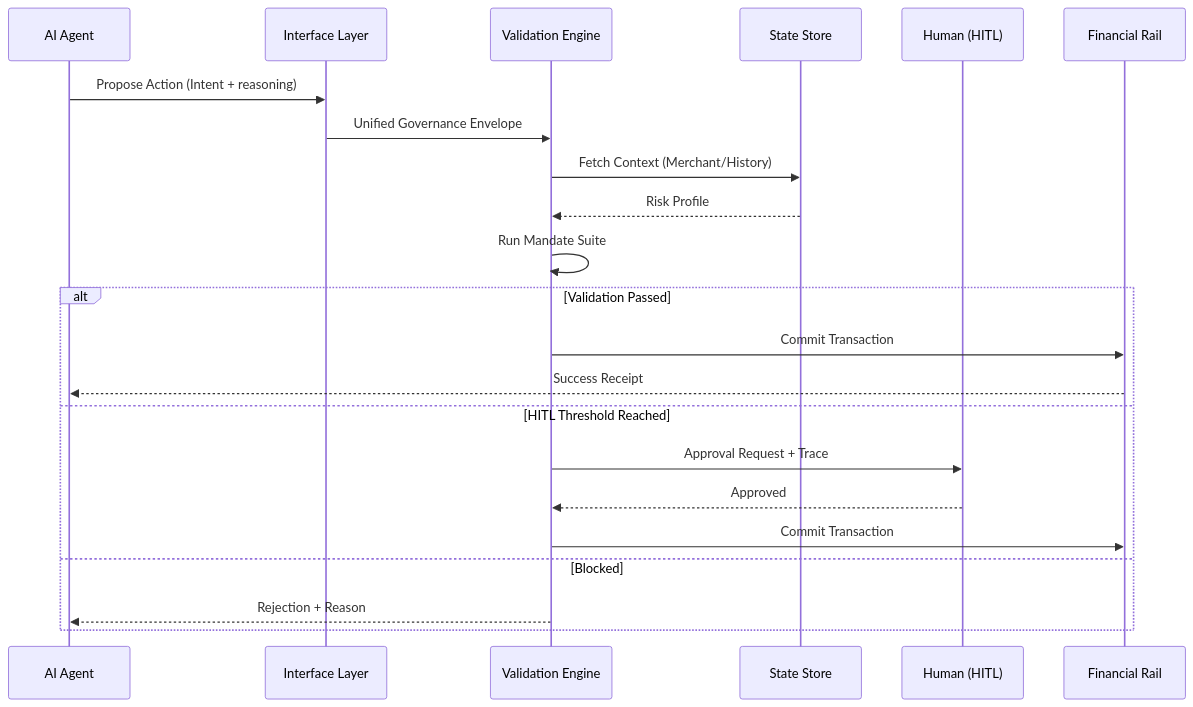
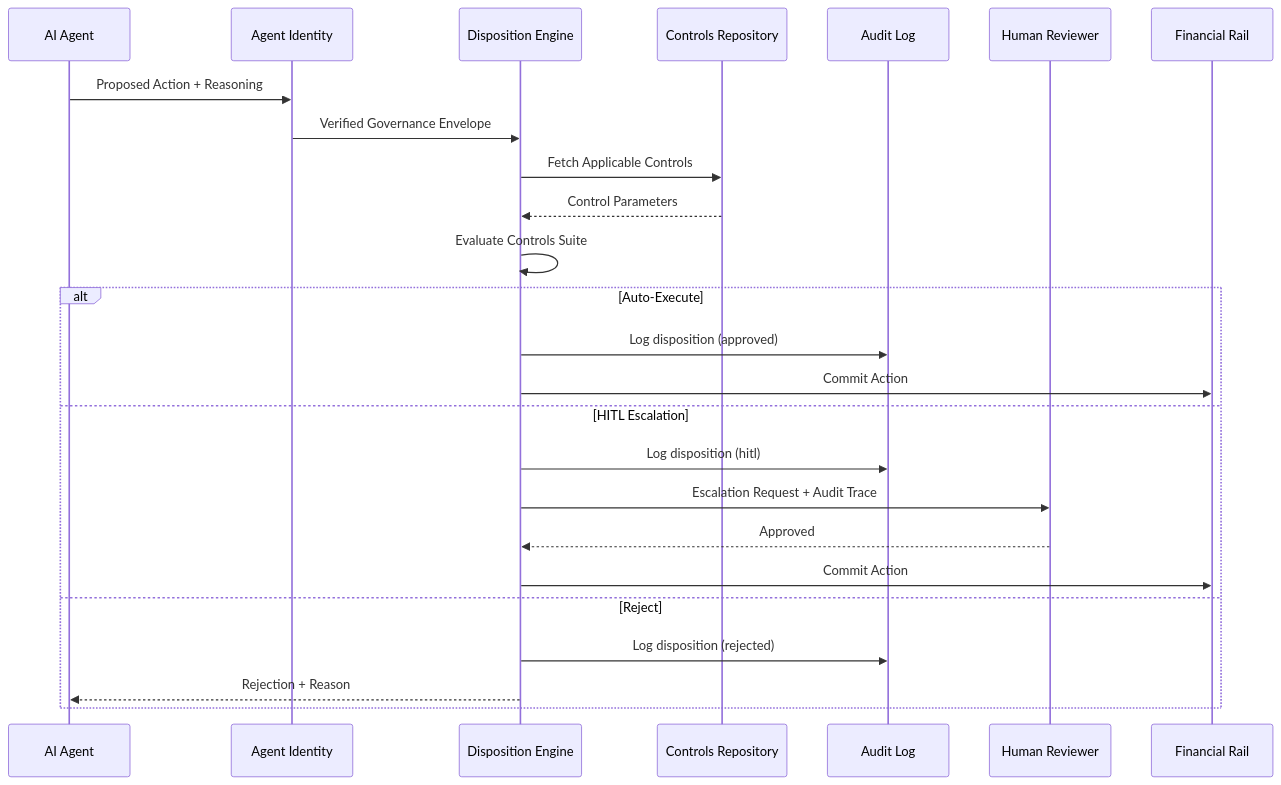
Before and after one commit to aetherllama/fagf-fs-core: the second of 2 diagrams in SPECIFICATION.md, drawn with Mermaid. The commit also changed other lines of this file and 1 other file, not shown here.

````diff
--- a/SPECIFICATION.md
+++ b/SPECIFICATION.md
@@ -111,26 +107,29 @@
 ```mermaid
 sequenceDiagram
     participant A as AI Agent
-    participant I as Interface Layer
-    participant V as Validation Engine
-    participant S as State Store
-    participant H as Human (HITL)
+    participant AI as Agent Identity
+    participant DE as Disposition Engine
+    participant CR as Controls Repository
+    participant AL as Audit Log
+    participant H as Human Reviewer
     participant R as Financial Rail
 
-    A->>I: Propose Action (Intent + reasoning)
-    I->>V: Unified Governance Envelope
-    V->>S: Fetch Context (Merchant/History)
-    S-->>V: Risk Profile
-    V->>V: Run Mandate Suite
-    
-    alt Validation Passed
-        V->>R: Commit Transaction
-        R-->>A: Success Receipt
-    else HITL Threshold Reached
-        V->>H: Approval Request + Trace
-        H-->>V: Approved
-        V->>R: Commit Transaction
-    else Blocked
-        V-->>A: Rejection + Reason
+    A->>AI: Proposed Action + Reasoning
+    AI->>DE: Verified Governance Envelope
+    DE->>CR: Fetch Applicable Controls
+    CR-->>DE: Control Parameters
+    DE->>DE: Evaluate Controls Suite
+
+    alt Auto-Execute
+        DE->>AL: Log disposition (approved)
+        DE->>R: Commit Action
+    else HITL Escalation
+        DE->>AL: Log disposition (hitl)
+        DE->>H: Escalation Request + Audit Trace
+        H-->>DE: Approved
+        DE->>R: Commit Action
+    else Reject
+        DE->>AL: Log disposition (rejected)
+        DE-->>A: Rejection + Reason
     end
 ```
````
